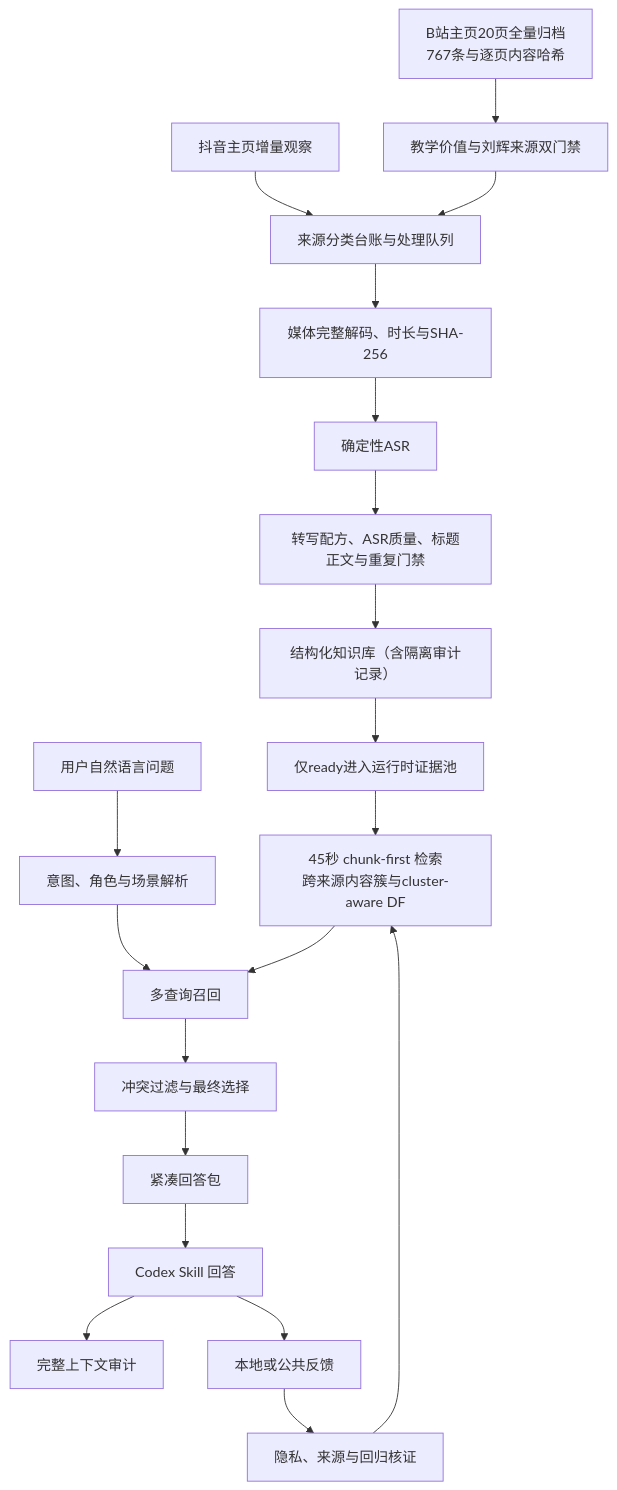
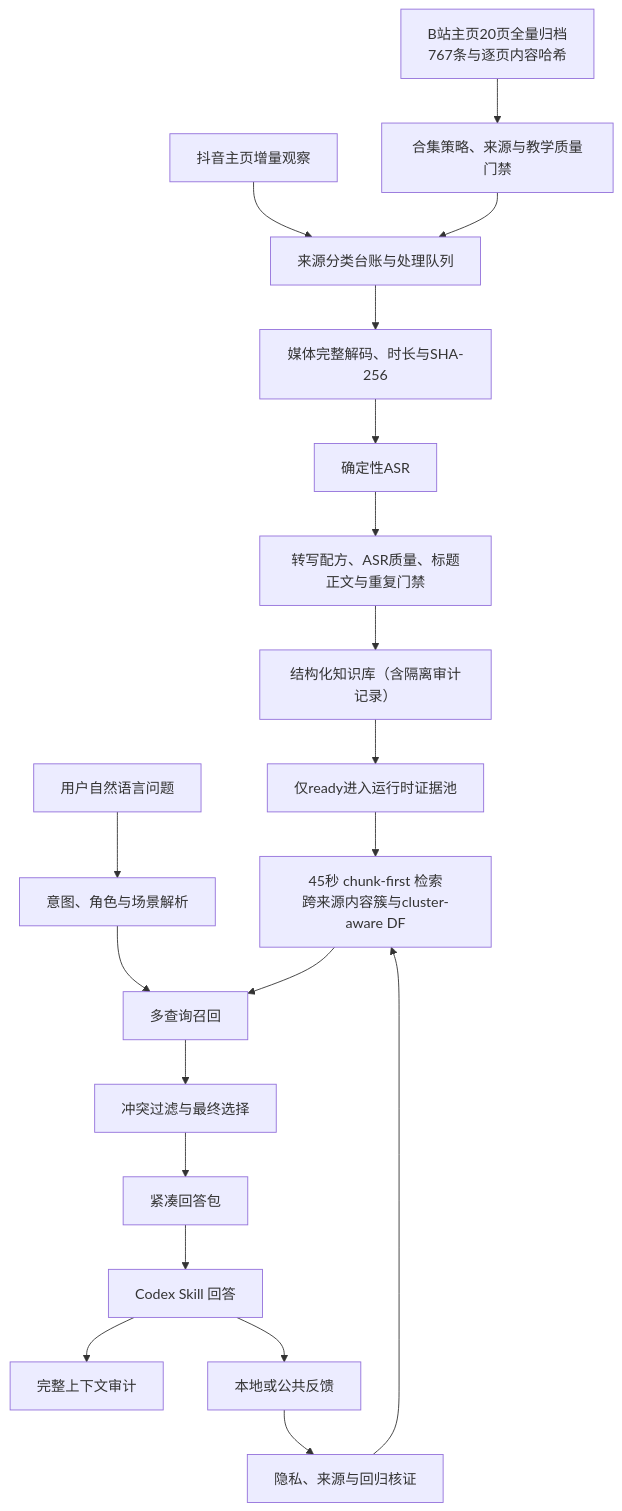
Before and after one commit to MuyuanGuo/badminton-skills-coach: the diagram in README.md, drawn with Mermaid. The commit also changed other lines of this file and 77 other files, not shown here.

````diff
--- a/README.md
+++ b/README.md
@@ -83,22 +83,22 @@
 ```mermaid
 flowchart TD
     A1["抖音主页增量观察"] --> B["来源分类台账与处理队列"]
-    A2["B站主页20页全量归档<br/>767条与逐页内容哈希"] --> O["教学价值与刘辉来源双门禁"]
+    A2["B站主页20页全量归档<br/>767条与逐页内容哈希"] --> O["合集策略、来源与教学质量门禁"]
     O --> B
     B --> C["媒体完整解码、时长与SHA-256"]
     C --> D["确定性ASR"]
     D --> P["转写配方、ASR质量、标题正文与重复门禁"]
     P --> E["结构化知识库（含隔离审计记录）"]
     E --> R["仅ready进入运行时证据池"]
     R --> F["45秒 chunk-first 检索<br/>跨来源内容簇与cluster-aware DF"]
     Q["用户自然语言问题"] --> G["意图、角色与场景解析"]
     G --> H["多查询召回"]
     F --> H
     H --> I["冲突过滤与最终选择"]
     I --> J["紧凑回答包"]
     J --> K["Codex Skill 回答"]
     K --> L["完整上下文审计"]
     K --> M["本地或公共反馈"]
     M --> N["隐私、来源与回归核证"]
     N --> F
 ```
````
